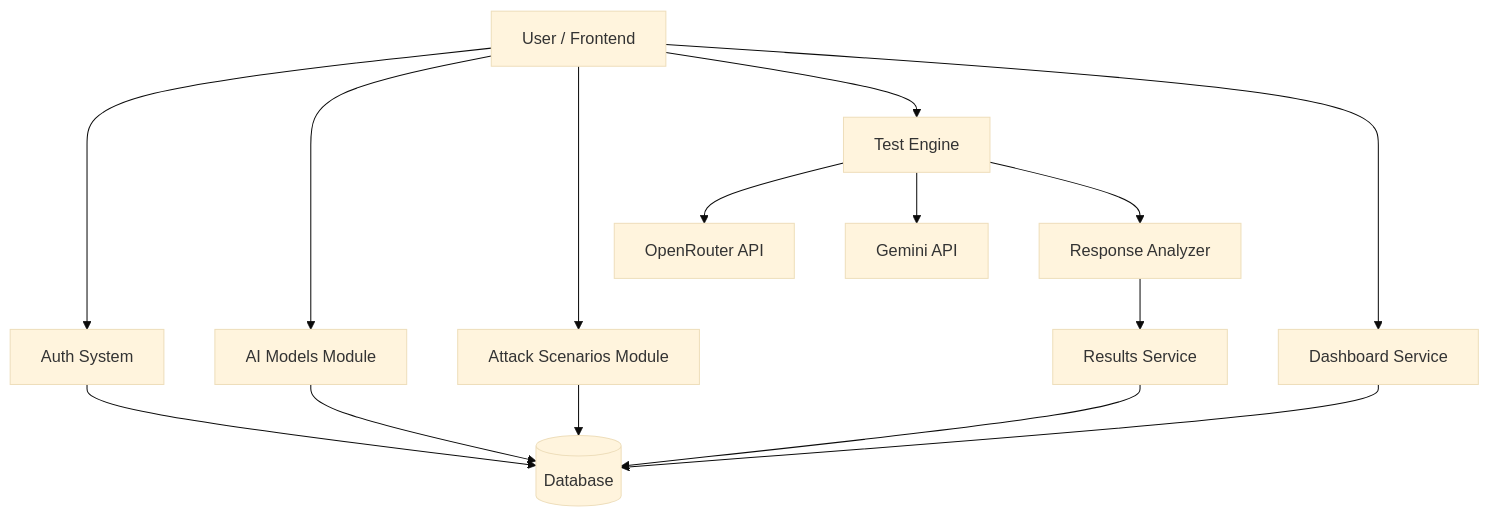
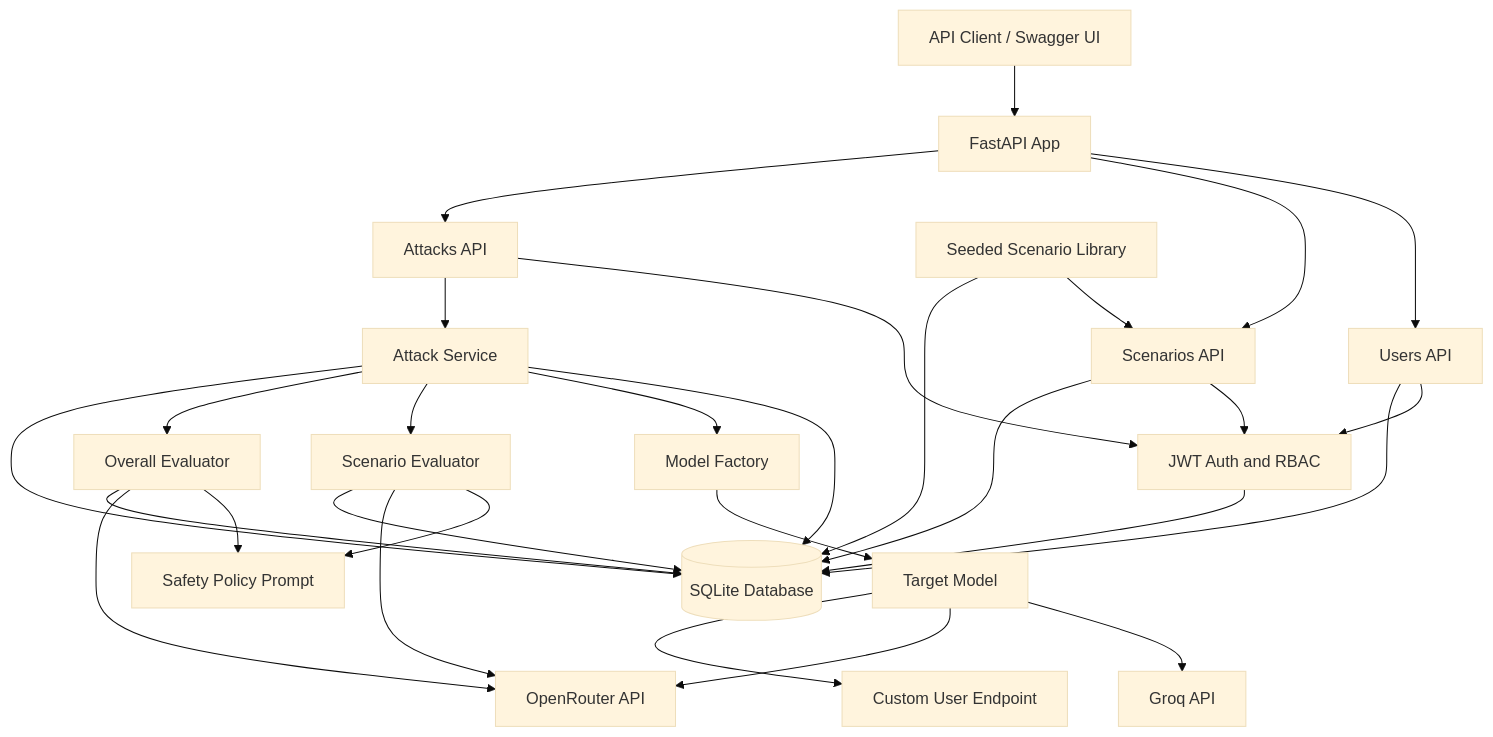
One commit to mnarzaid247-stack/SDA-Red-Teaming changed the diagram in Diagrams/flowchart.mmd. Above: the diagram before and after it, drawn with Mermaid (base theme). The commit also changed 3 other files, not shown here.

Commit message:
update the diagrams

```diff
--- a/Diagrams/flowchart.mmd
+++ b/Diagrams/flowchart.mmd
@@ -1,37 +1,55 @@
 flowchart TD
 
-    USER[User / Frontend]
+    Client[API Client / Swagger UI]
+    FastAPI[FastAPI App]
+    Auth[JWT Auth and RBAC]
+    Users[Users API]
+    Scenarios[Scenarios API]
+    Attacks[Attacks API]
+    ScenarioLibrary[Seeded Scenario Library]
+    AttackService[Attack Service]
+    ModelFactory[Model Factory]
+    TargetModel[Target Model]
+    Groq[Groq API]
+    OpenRouter[OpenRouter API]
+    CustomEndpoint[Custom User Endpoint]
+    ScenarioJudge[Scenario Evaluator]
+    OverallJudge[Overall Evaluator]
+    SafetyPolicy[Safety Policy Prompt]
+    DB[(SQLite Database)]
 
-    AUTH[Auth System]
-    MODELS[AI Models Module]
-    SCENARIOS[Attack Scenarios Module]
-    TESTS[Test Engine]
-    ANALYZER[Response Analyzer]
-    RESULTS[Results Service]
-    DASHBOARD[Dashboard Service]
+    Client --> FastAPI
+    FastAPI --> Users
+    FastAPI --> Scenarios
+    FastAPI --> Attacks
 
-    DB[(Database)]
+    Users --> Auth
+    Scenarios --> Auth
+    Attacks --> Auth
 
-    OPENROUTER[OpenRouter API]
-    GEMINI[Gemini API]
+    Auth --> DB
+    Users --> DB
+    Scenarios --> DB
 
-    USER --> AUTH
-    USER --> MODELS
-    USER --> SCENARIOS
-    USER --> TESTS
-    USER --> DASHBOARD
+    ScenarioLibrary --> Scenarios
+    ScenarioLibrary --> DB
 
-    AUTH --> DB
-    MODELS --> DB
-    SCENARIOS --> DB
+    Attacks --> AttackService
+    AttackService --> DB
+    AttackService --> ModelFactory
+    AttackService --> ScenarioJudge
+    AttackService --> OverallJudge
 
-    TESTS --> OPENROUTER
-    TESTS --> GEMINI
+    ModelFactory --> TargetModel
+    TargetModel --> Groq
+    TargetModel --> OpenRouter
+    TargetModel --> CustomEndpoint
 
-    TESTS --> ANALYZER
+    ScenarioJudge --> SafetyPolicy
+    OverallJudge --> SafetyPolicy
+    ScenarioJudge --> OpenRouter
+    OverallJudge --> OpenRouter
 
-    ANALYZER --> RESULTS
-
-    RESULTS --> DB
-
-    DASHBOARD --> DB
+    ScenarioJudge --> DB
+    OverallJudge --> DB
+    AttackService --> DB
```
